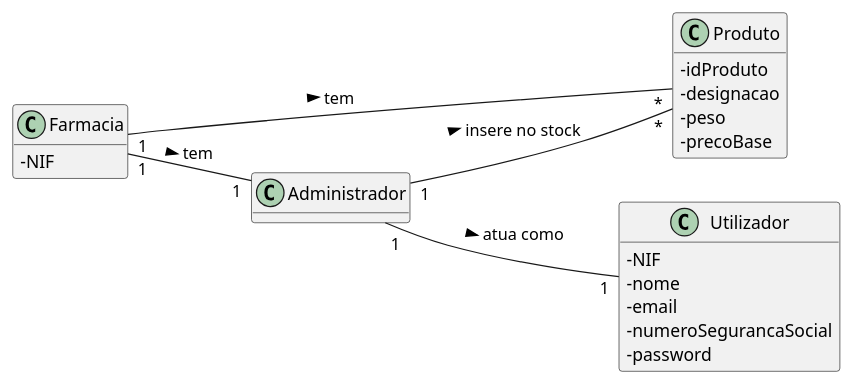
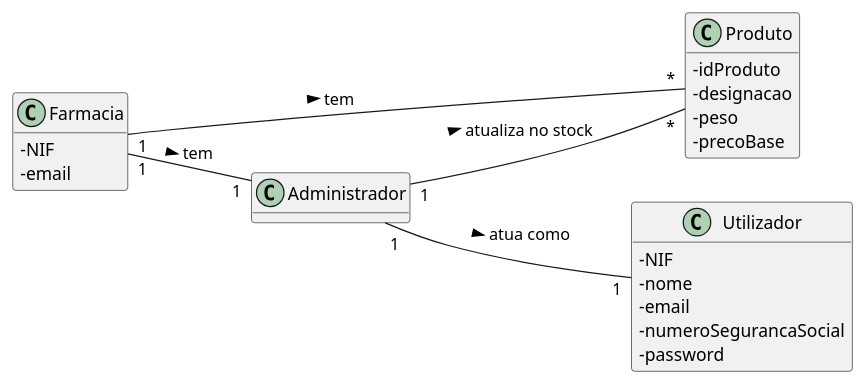
One commit to pedrolemos4/LAPR3 changed the diagram in docs/UC18/UC18_AtualizarItemStockMD.puml. Above: the diagram before and after it, drawn with PlantUML. The commit also changed 11 other files, not shown here.

```diff
--- a/docs/UC18/UC18_AtualizarItemStockMD.puml
+++ b/docs/UC18/UC18_AtualizarItemStockMD.puml
@@ -1,30 +1,31 @@
 @startuml
 skinparam classAttributeIconSize 0
 hide methods
 left to right direction
 
 class Produto {
   -idProduto
   -designacao
   -peso
   -precoBase
 }
 
 class Farmacia {
   -NIF
+  -email
 }
 
 class Utilizador {
   -NIF
   -nome
   -email
   -numeroSegurancaSocial
   -password
 }
 
 Administrador "1" -- "1" Utilizador: atua como >
-Administrador "1" -- "*" Produto: insere no stock >
+Administrador "1" -- "*" Produto: atualiza no stock >
 Farmacia "1" -- "*" Produto: tem >
 Farmacia "1" -- "1" Administrador: tem >
 
 @enduml
```
